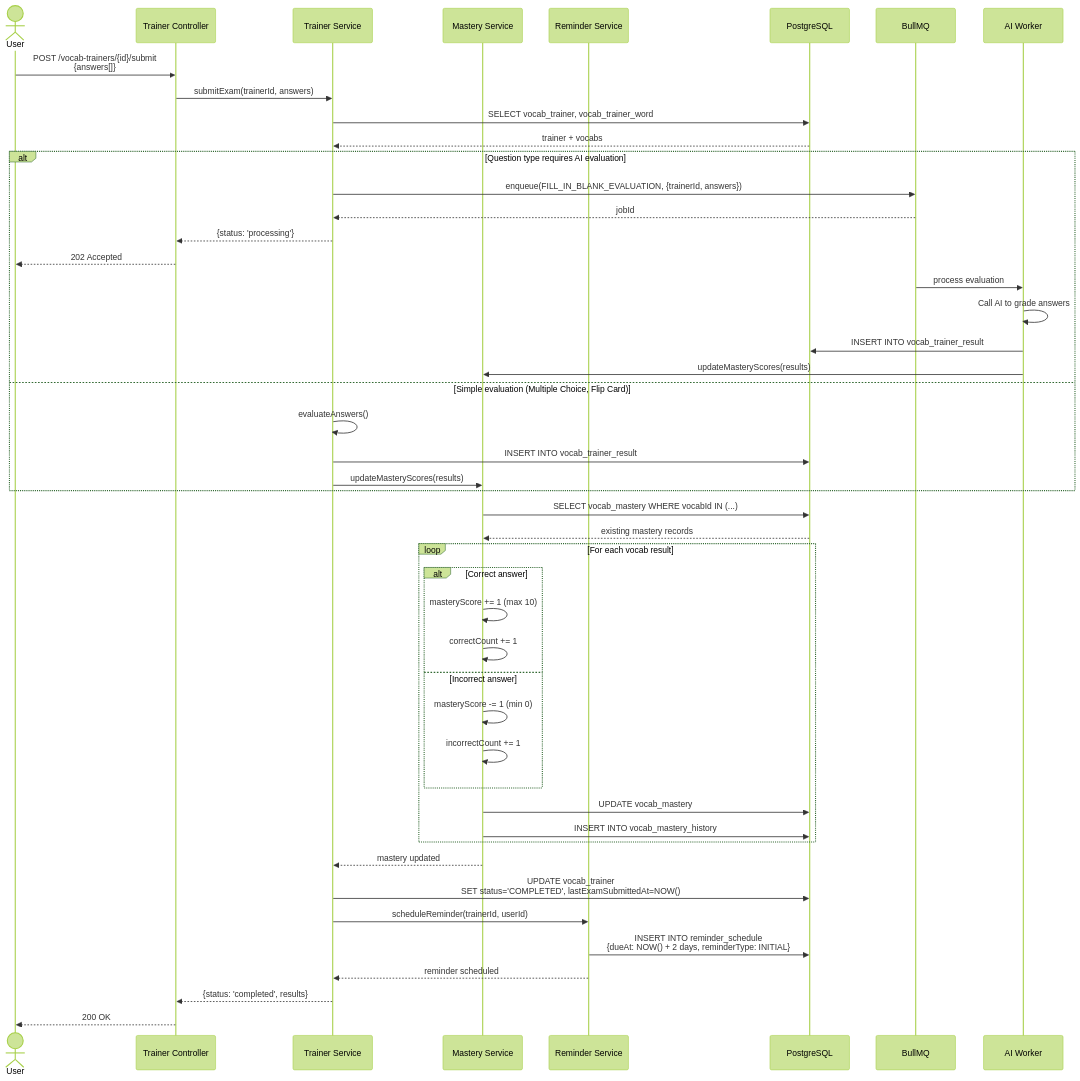
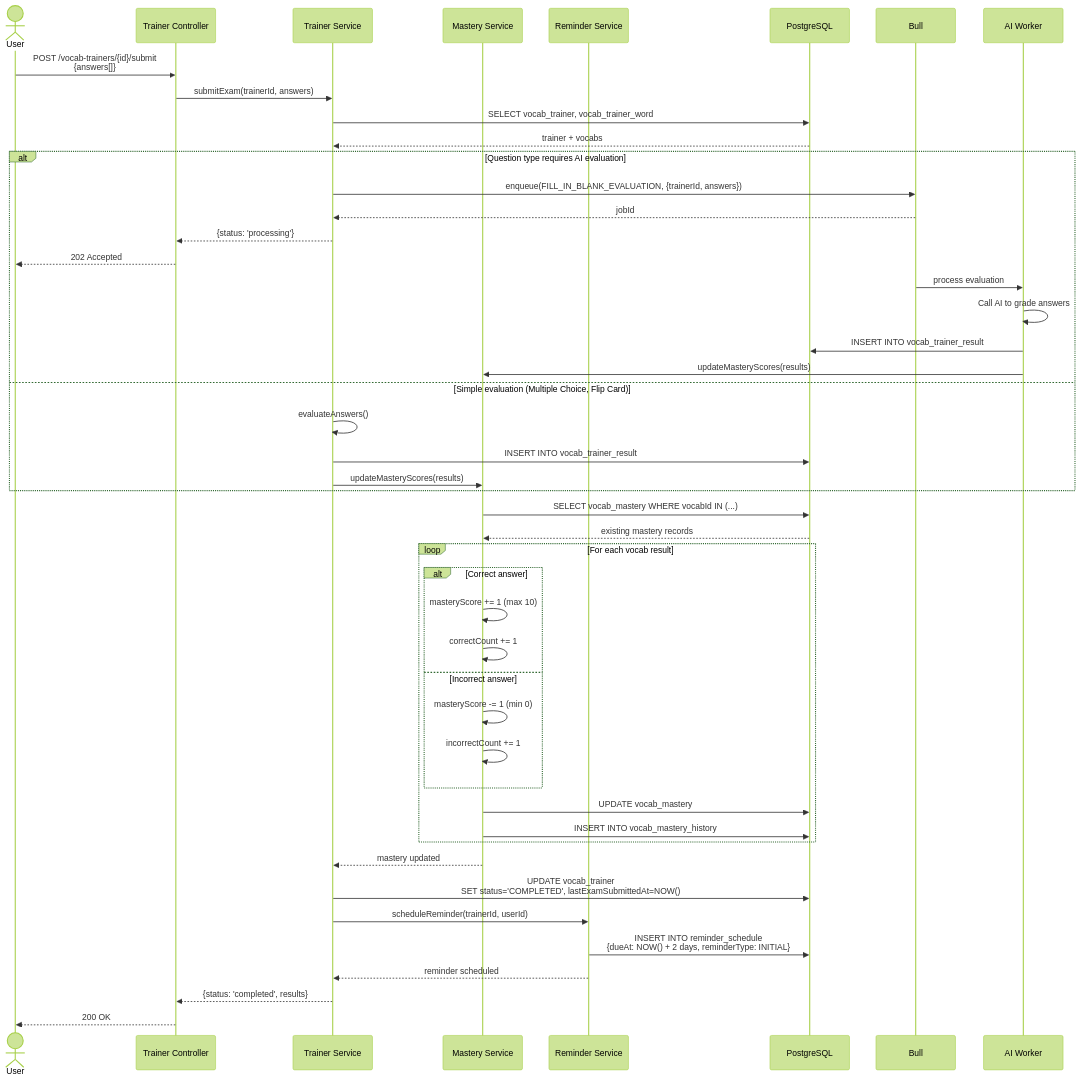
One commit to ngocxxu/vocab-management-be-2 changed the fifth of 7 diagrams in docs/architecture.md. Above: the diagram before and after it, drawn with Mermaid (forest theme). The commit also changed other lines of this file and 50 other files, not shown here.

````diff
--- a/docs/architecture.md
+++ b/docs/architecture.md
@@ -695,57 +695,57 @@
 ```mermaid
 sequenceDiagram
     actor User
     participant API as Trainer Controller
     participant TrainerSvc as Trainer Service
     participant MasterySvc as Mastery Service
     participant ReminderSvc as Reminder Service
     participant DB as PostgreSQL
-    participant Queue as BullMQ
+    participant Queue as Bull
     participant AIWorker as AI Worker
 
     User->>API: POST /vocab-trainers/{id}/submit<br/>{answers[]}
     API->>TrainerSvc: submitExam(trainerId, answers)
     TrainerSvc->>DB: SELECT vocab_trainer, vocab_trainer_word
     DB-->>TrainerSvc: trainer + vocabs
 
     alt Question type requires AI evaluation
         TrainerSvc->>Queue: enqueue(FILL_IN_BLANK_EVALUATION, {trainerId, answers})
         Queue-->>TrainerSvc: jobId
         TrainerSvc-->>API: {status: 'processing'}
         API-->>User: 202 Accepted
 
         Queue->>AIWorker: process evaluation
         AIWorker->>AIWorker: Call AI to grade answers
         AIWorker->>DB: INSERT INTO vocab_trainer_result
         AIWorker->>MasterySvc: updateMasteryScores(results)
     else Simple evaluation (Multiple Choice, Flip Card)
         TrainerSvc->>TrainerSvc: evaluateAnswers()
         TrainerSvc->>DB: INSERT INTO vocab_trainer_result
         TrainerSvc->>MasterySvc: updateMasteryScores(results)
     end
 
     MasterySvc->>DB: SELECT vocab_mastery WHERE vocabId IN (...)
     DB-->>MasterySvc: existing mastery records
 
     loop For each vocab result
         alt Correct answer
             MasterySvc->>MasterySvc: masteryScore += 1 (max 10)
             MasterySvc->>MasterySvc: correctCount += 1
         else Incorrect answer
             MasterySvc->>MasterySvc: masteryScore -= 1 (min 0)
             MasterySvc->>MasterySvc: incorrectCount += 1
         end
         MasterySvc->>DB: UPDATE vocab_mastery
         MasterySvc->>DB: INSERT INTO vocab_mastery_history
     end
 
     MasterySvc-->>TrainerSvc: mastery updated
     TrainerSvc->>DB: UPDATE vocab_trainer<br/>SET status='COMPLETED', lastExamSubmittedAt=NOW()
 
     TrainerSvc->>ReminderSvc: scheduleReminder(trainerId, userId)
     ReminderSvc->>DB: INSERT INTO reminder_schedule<br/>{dueAt: NOW() + 2 days, reminderType: INITIAL}
     ReminderSvc-->>TrainerSvc: reminder scheduled
 
     TrainerSvc-->>API: {status: 'completed', results}
     API-->>User: 200 OK
 ```
````
